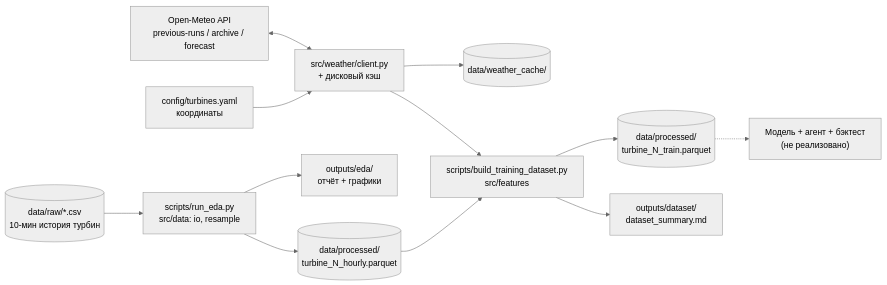
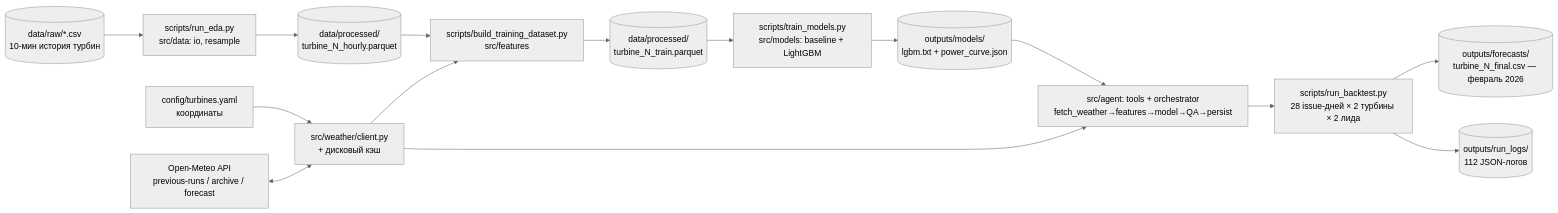
Before and after one commit to BAITC-Hacks/hack-d5105822-stargazer: the diagram in README.md, drawn with Mermaid (neutral theme). The commit also changed other lines of this file and 1 other file, not shown here.

````diff
--- a/README.md
+++ b/README.md
@@ -61,17 +60,21 @@
 ```mermaid
 flowchart LR
     RAW[("data/raw/*.csv<br/>10-мин история турбин")] --> EDA["scripts/run_eda.py<br/>src/data: io, resample"]
     EDA --> HOURLY[("data/processed/<br/>turbine_N_hourly.parquet")]
-    EDA --> EDAOUT["outputs/eda/<br/>отчёт + графики"]
 
     CFG["config/turbines.yaml<br/>координаты"] --> WC
     OM["Open-Meteo API<br/>previous-runs / archive / forecast"] <--> WC["src/weather/client.py<br/>+ дисковый кэш"]
-    WC --> CACHE[("data/weather_cache/")]
 
     HOURLY --> BUILD["scripts/build_training_dataset.py<br/>src/features"]
     WC --> BUILD
     BUILD --> TRAIN[("data/processed/<br/>turbine_N_train.parquet")]
-    BUILD --> DSOUT["outputs/dataset/<br/>dataset_summary.md"]
 
-    TRAIN -.-> NEXT["Модель + агент + бэктест<br/>(не реализовано)"]
+    TRAIN --> FIT["scripts/train_models.py<br/>src/models: baseline + LightGBM"]
+    FIT --> MODEL[("outputs/models/<br/>lgbm.txt + power_curve.json")]
+
+    MODEL --> AGENT["src/agent: tools + orchestrator<br/>fetch_weather→features→model→QA→persist"]
+    WC --> AGENT
+    AGENT --> BACKTEST["scripts/run_backtest.py<br/>28 issue-дней × 2 турбины × 2 лида"]
+    BACKTEST --> FINAL[("outputs/forecasts/<br/>turbine_N_final.csv — февраль 2026")]
+    BACKTEST --> LOGS[("outputs/run_logs/<br/>112 JSON-логов")]
 ```
````
